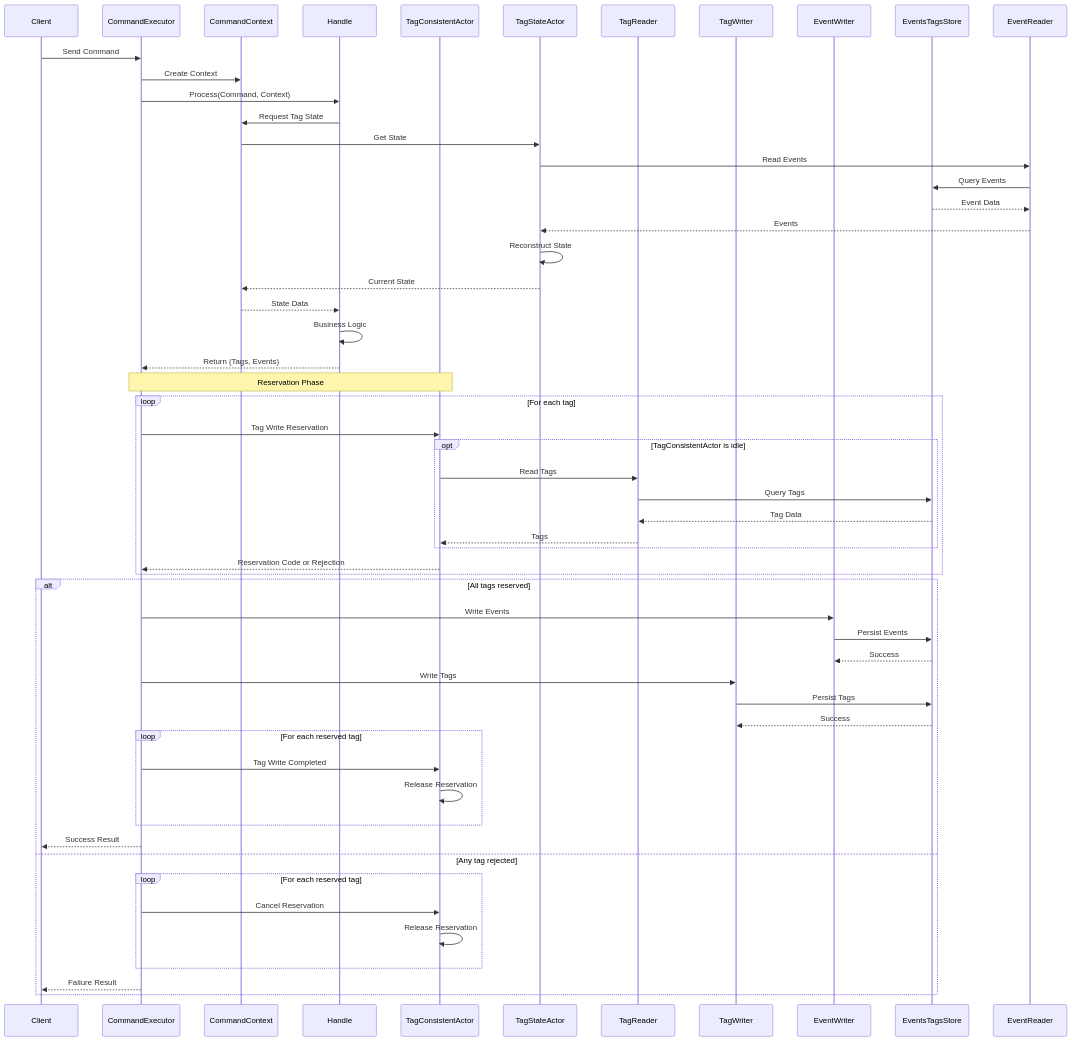
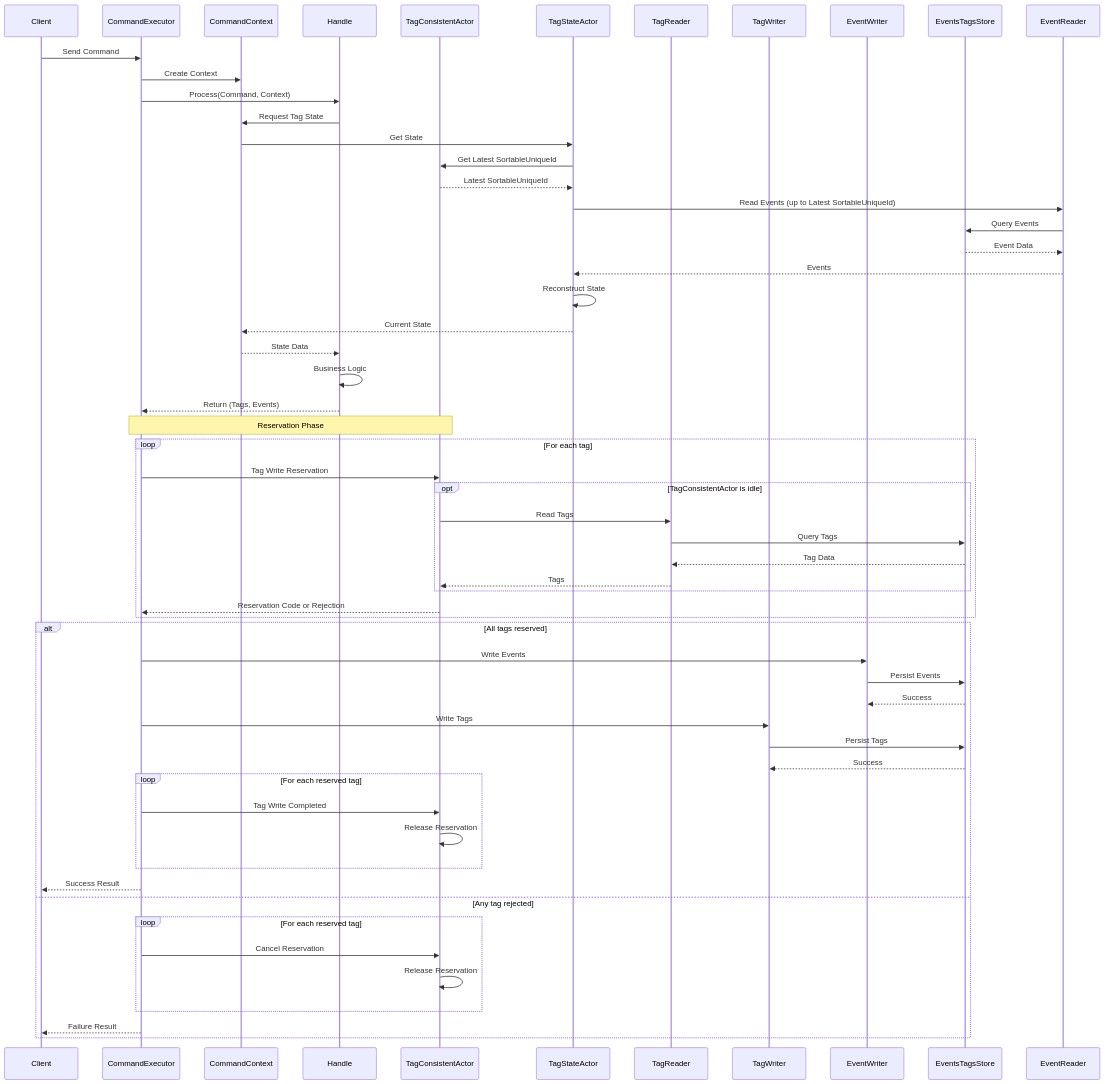
The second of 2 diagrams in tasks/dcb.design/concept.md (J-Tech-Japan/Sekiban), drawn with Mermaid before and after one commit. The commit also changed other lines of this file and 6 other files, not shown here.

Commit message:
feat: Implement IActorObjectAccessor and InMemoryObjectAccessor; add methods for actor retrieval and existence checks; enhance InMemoryTagConsistentActor and InMemoryTagStateActor for sortable unique ID management; introduce comprehensive tests for InMemoryObjectAccessor

````diff
--- a/tasks/dcb.design/concept.md
+++ b/tasks/dcb.design/concept.md
@@ -138,66 +142,68 @@
 ```mermaid
 sequenceDiagram
     participant Client
     participant CommandExecutor
     participant CommandContext
     participant Handle
     participant TagConsistentActor
     participant TagStateActor
     participant TagReader
     participant TagWriter
     participant EventWriter
     participant EventsTagsStore
     
     Client->>CommandExecutor: Send Command
     CommandExecutor->>CommandContext: Create Context
     CommandExecutor->>Handle: Process(Command, Context)
     
     Handle->>CommandContext: Request Tag State
     CommandContext->>TagStateActor: Get State
-    TagStateActor->>EventReader: Read Events
+    TagStateActor->>TagConsistentActor: Get Latest SortableUniqueId
+    TagConsistentActor-->>TagStateActor: Latest SortableUniqueId
+    TagStateActor->>EventReader: Read Events (up to Latest SortableUniqueId)
     EventReader->>EventsTagsStore: Query Events
     EventsTagsStore-->>EventReader: Event Data
     EventReader-->>TagStateActor: Events
     TagStateActor->>TagStateActor: Reconstruct State
     TagStateActor-->>CommandContext: Current State
     CommandContext-->>Handle: State Data
     
     Handle->>Handle: Business Logic
     Handle-->>CommandExecutor: Return (Tags, Events)
     
     Note over CommandExecutor,TagConsistentActor: Reservation Phase
     loop For each tag
         CommandExecutor->>TagConsistentActor: Tag Write Reservation
         opt TagConsistentActor is idle
             TagConsistentActor->>TagReader: Read Tags
             TagReader->>EventsTagsStore: Query Tags
             EventsTagsStore-->>TagReader: Tag Data
             TagReader-->>TagConsistentActor: Tags
         end
         TagConsistentActor-->>CommandExecutor: Reservation Code or Rejection
     end
     
     alt All tags reserved
         CommandExecutor->>EventWriter: Write Events
         EventWriter->>EventsTagsStore: Persist Events
         EventsTagsStore-->>EventWriter: Success
         
         CommandExecutor->>TagWriter: Write Tags
         TagWriter->>EventsTagsStore: Persist Tags
         EventsTagsStore-->>TagWriter: Success
         
         loop For each reserved tag
             CommandExecutor->>TagConsistentActor: Tag Write Completed
             TagConsistentActor->>TagConsistentActor: Release Reservation
         end
         
         CommandExecutor-->>Client: Success Result
     else Any tag rejected
         loop For each reserved tag
             CommandExecutor->>TagConsistentActor: Cancel Reservation
             TagConsistentActor->>TagConsistentActor: Release Reservation
         end
         
         CommandExecutor-->>Client: Failure Result
     end
 ```
````
